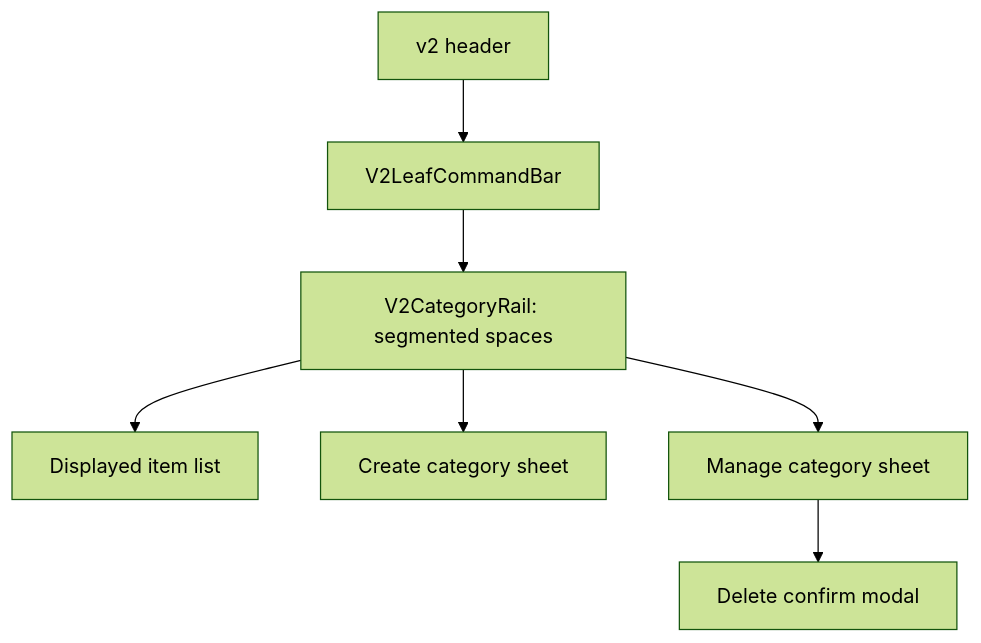
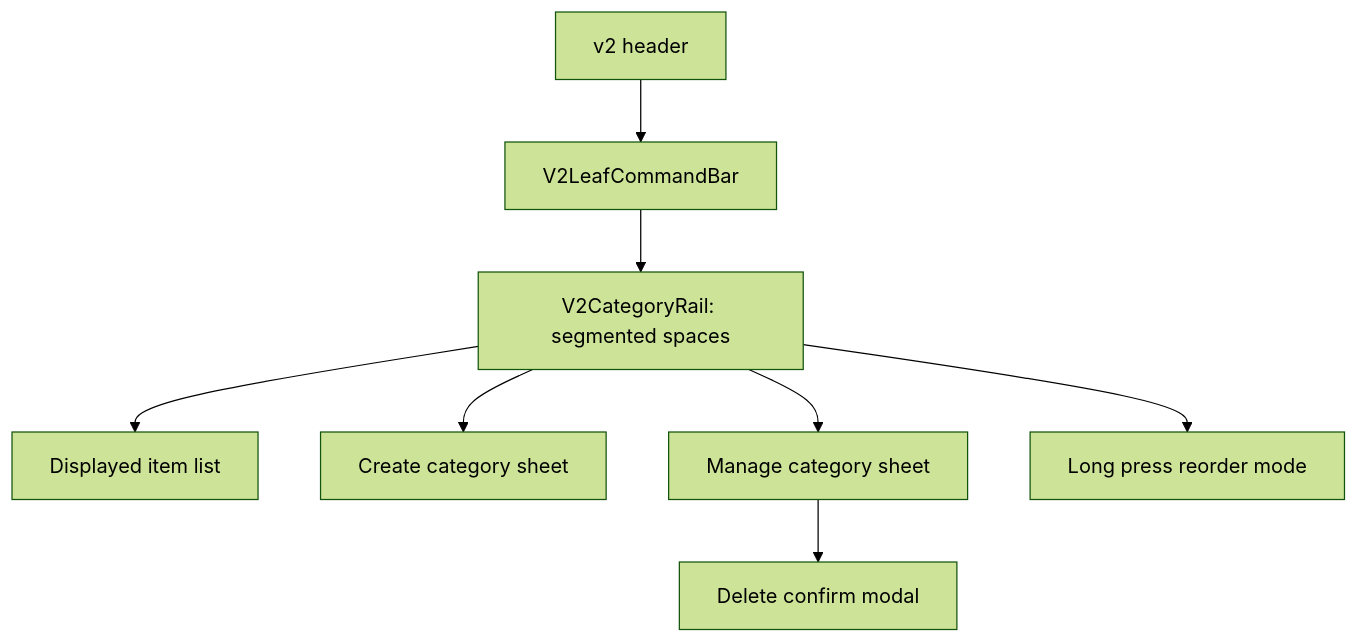
Before and after one commit to U-Keun/Tickly: the second of 2 diagrams in docs/v2-notes/003-category-and-tags-direction.md, drawn with Mermaid (forest theme). The commit also changed other lines of this file and 14 other files, not shown here.

Commit message:
feat: add v2 category reorder mode

````diff
--- a/docs/v2-notes/003-category-and-tags-direction.md
+++ b/docs/v2-notes/003-category-and-tags-direction.md
@@ -24,9 +24,10 @@
 ```mermaid
 flowchart TB
   Header["v2 header"] --> Tools["V2LeafCommandBar"]
   Tools --> Rail["V2CategoryRail: segmented spaces"]
   Rail --> List["Displayed item list"]
   Rail --> Add["Create category sheet"]
   Rail --> Manage["Manage category sheet"]
+  Rail --> Reorder["Long press reorder mode"]
   Manage --> Confirm["Delete confirm modal"]
 ```
````
